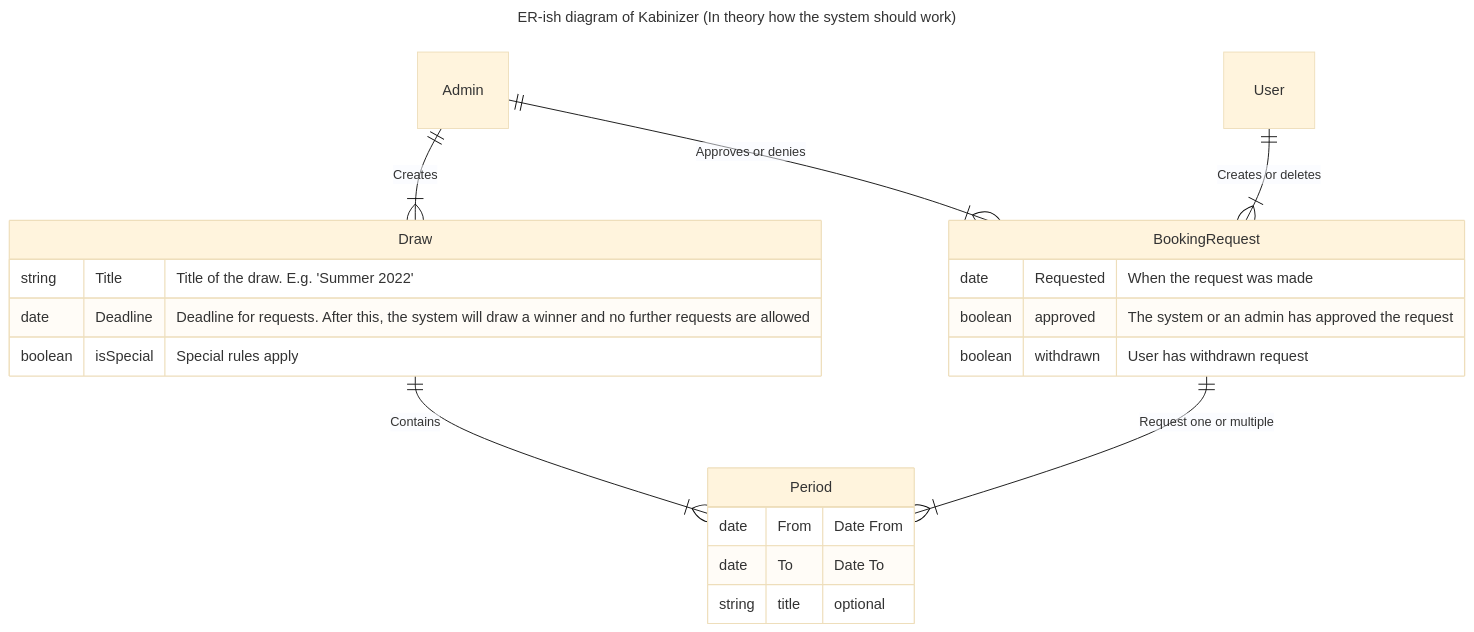
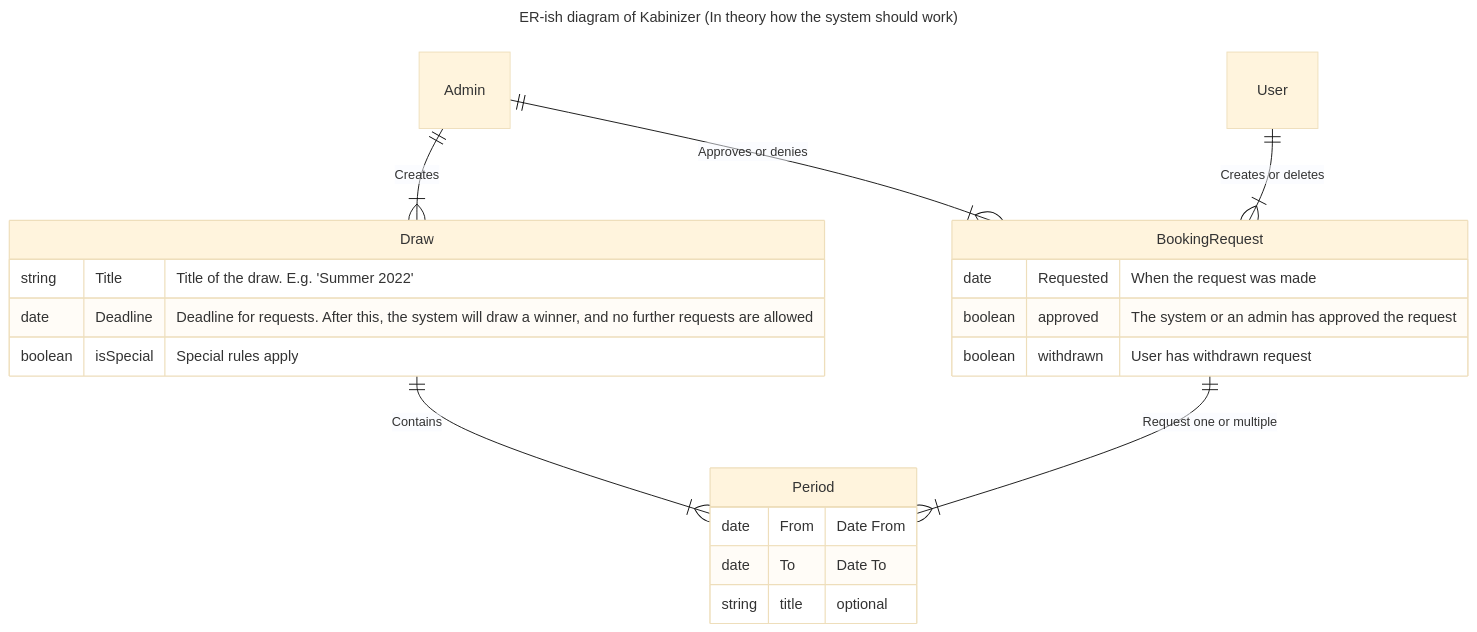
One commit to miles-no/miles_kabinizer changed the diagram in README.md. Above: the diagram before and after it, drawn with Mermaid (base theme). The commit also changed other lines of this file, not shown here.

````diff
--- a/README.md
+++ b/README.md
@@ -23,26 +23,26 @@
 ```mermaid
 ---
 title: ER-ish diagram of Kabinizer (In theory how the system should work)
 ---
 erDiagram
     Draw {
         string Title "Title of the draw. E.g. 'Summer 2022'"
-        date Deadline "Deadline for requests. After this, the system will draw a winner and no further requests are allowed"
+        date Deadline "Deadline for requests. After this, the system will draw a winner, and no further requests are allowed"
         boolean isSpecial "Special rules apply"
     }
     Period {
         date From "Date From"
         date To "Date To"
         string title "optional"
     }
     BookingRequest {
         date Requested "When the request was made"
         boolean approved "The system or an admin has approved the request"
         boolean withdrawn "User has withdrawn request"
     }
     Draw ||--|{ Period: Contains
     BookingRequest ||--|{ Period: "Request one or multiple"
     Admin ||--|{ Draw: Creates
     User ||--|{ BookingRequest: "Creates or deletes"
     Admin ||--|{ BookingRequest: "Approves or denies"
 ```
````
